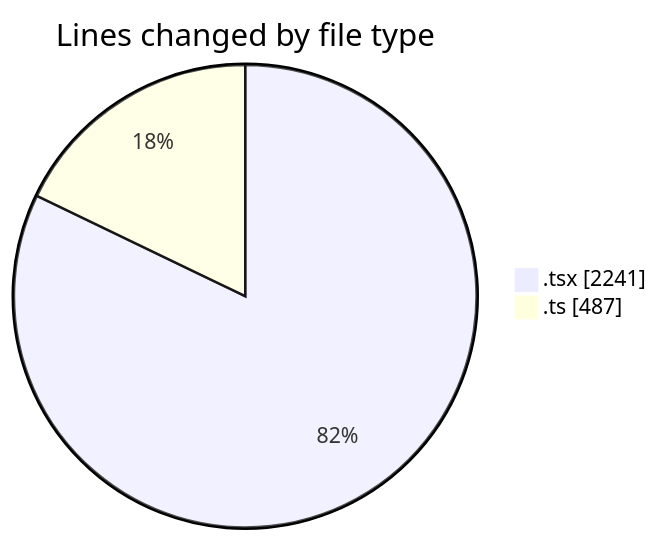
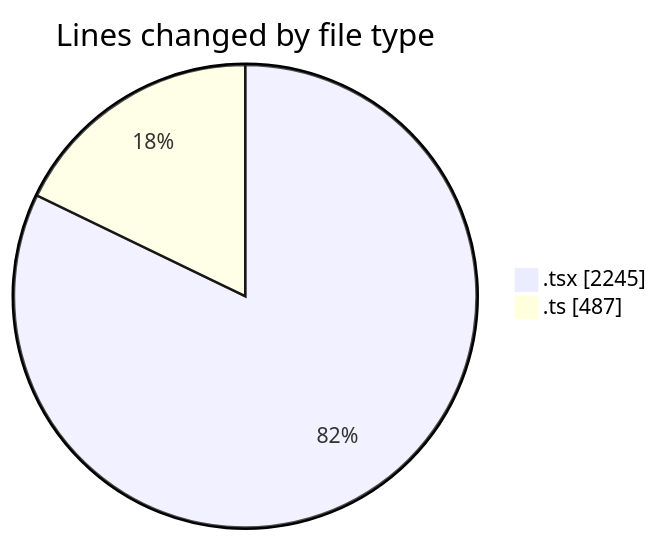
Before and after one commit to nxtqubesakshisongat/code-tracking: the first of 2 diagrams in 2026-03-31/nxtqube_webapp/README.md, drawn with Mermaid. The commit also changed other lines of this file and 1 other file, not shown here.

````diff
--- a/2026-03-31/nxtqube_webapp/README.md
+++ b/2026-03-31/nxtqube_webapp/README.md
@@ -23,6 +23,6 @@
 ```mermaid
 pie showData
 title Lines changed by file type
-".tsx" : 2241
+".tsx" : 2245
 ".ts" : 487
 ```
````
